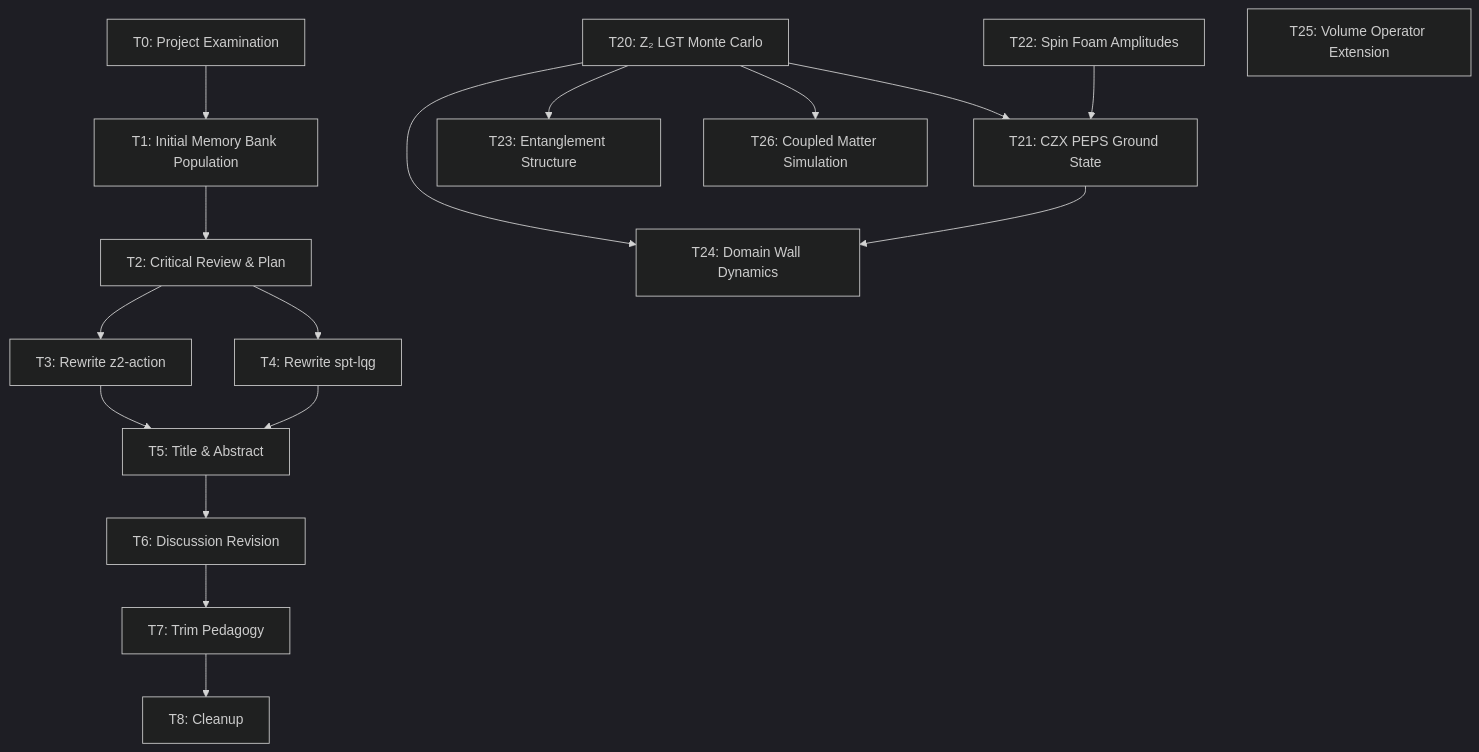
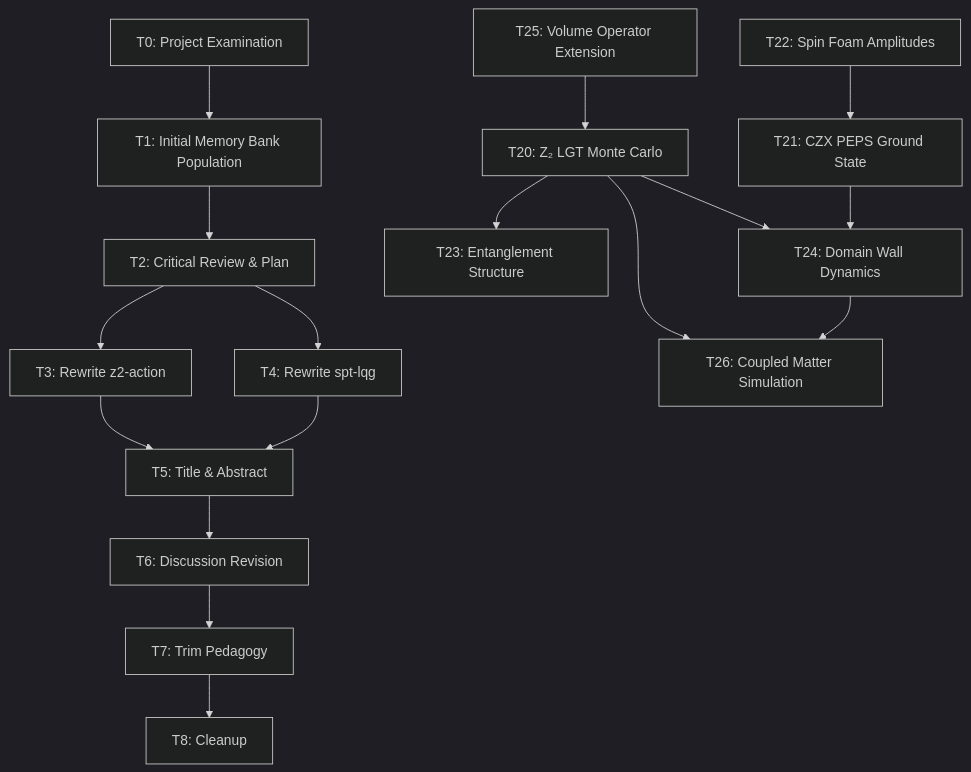
Before and after one commit to space-cadet/timesarrow: the diagram in memory-bank/tasks.md, drawn with Mermaid (dark theme). The commit also changed other lines of this file and 1 other file, not shown here.

````diff
--- a/memory-bank/tasks.md
+++ b/memory-bank/tasks.md
@@ -144,36 +144,37 @@
 ```mermaid
 graph TD
     T1[T1: Initial Memory Bank Population]
     T2[T2: Critical Review & Plan]
     T3[T3: Rewrite z2-action]
     T4[T4: Rewrite spt-lqg]
     T5[T5: Title & Abstract]
     T6[T6: Discussion Revision]
     T7[T7: Trim Pedagogy]
     T8[T8: Cleanup]
     T0[T0: Project Examination]
     T20[T20: Z₂ LGT Monte Carlo]
     T21[T21: CZX PEPS Ground State]
     T22[T22: Spin Foam Amplitudes]
     T23[T23: Entanglement Structure]
     T24[T24: Domain Wall Dynamics]
     T25[T25: Volume Operator Extension]
     T26[T26: Coupled Matter Simulation]
     
     T0 --> T1
     T1 --> T2
     T2 --> T3
     T2 --> T4
     T3 --> T5
     T4 --> T5
     T5 --> T6
     T6 --> T7
     T7 --> T8
     
-    T20 --> T21
+    T25 --> T20
+    T22 --> T21
     T20 --> T23
     T20 --> T24
+    T21 --> T24
     T20 --> T26
-    T21 --> T24
-    T22 --> T21
+    T24 --> T26
 ```
````
